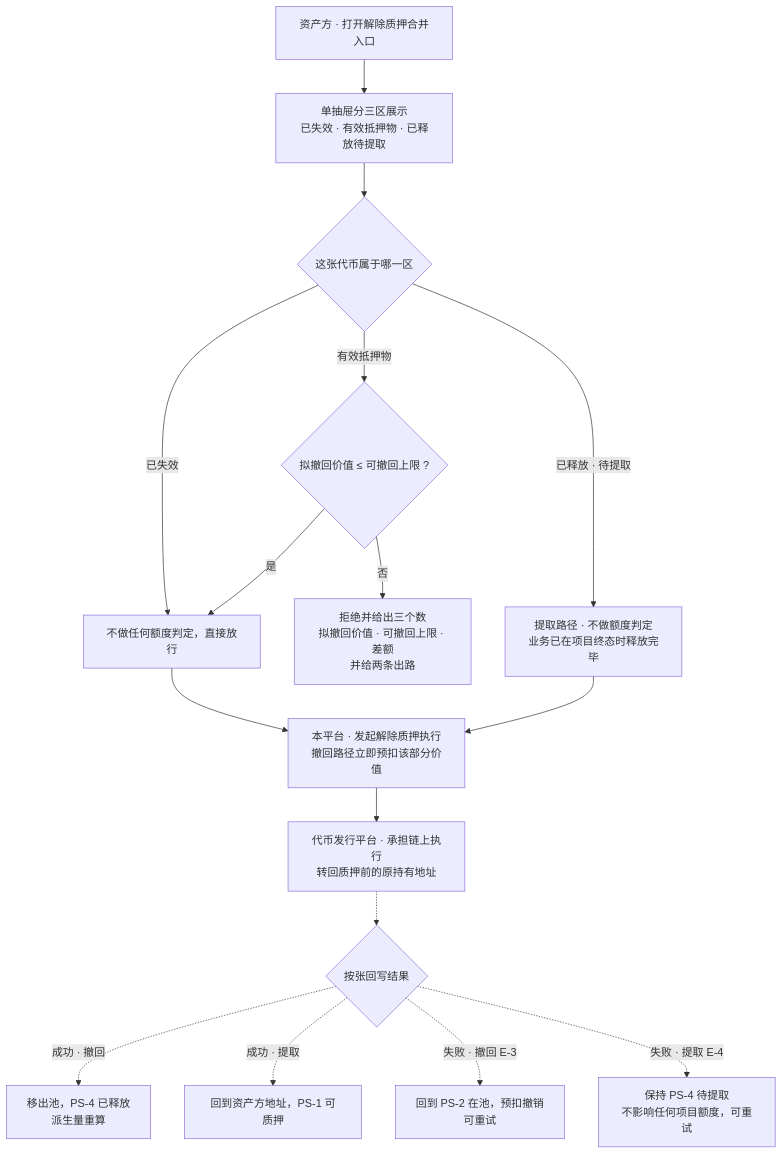
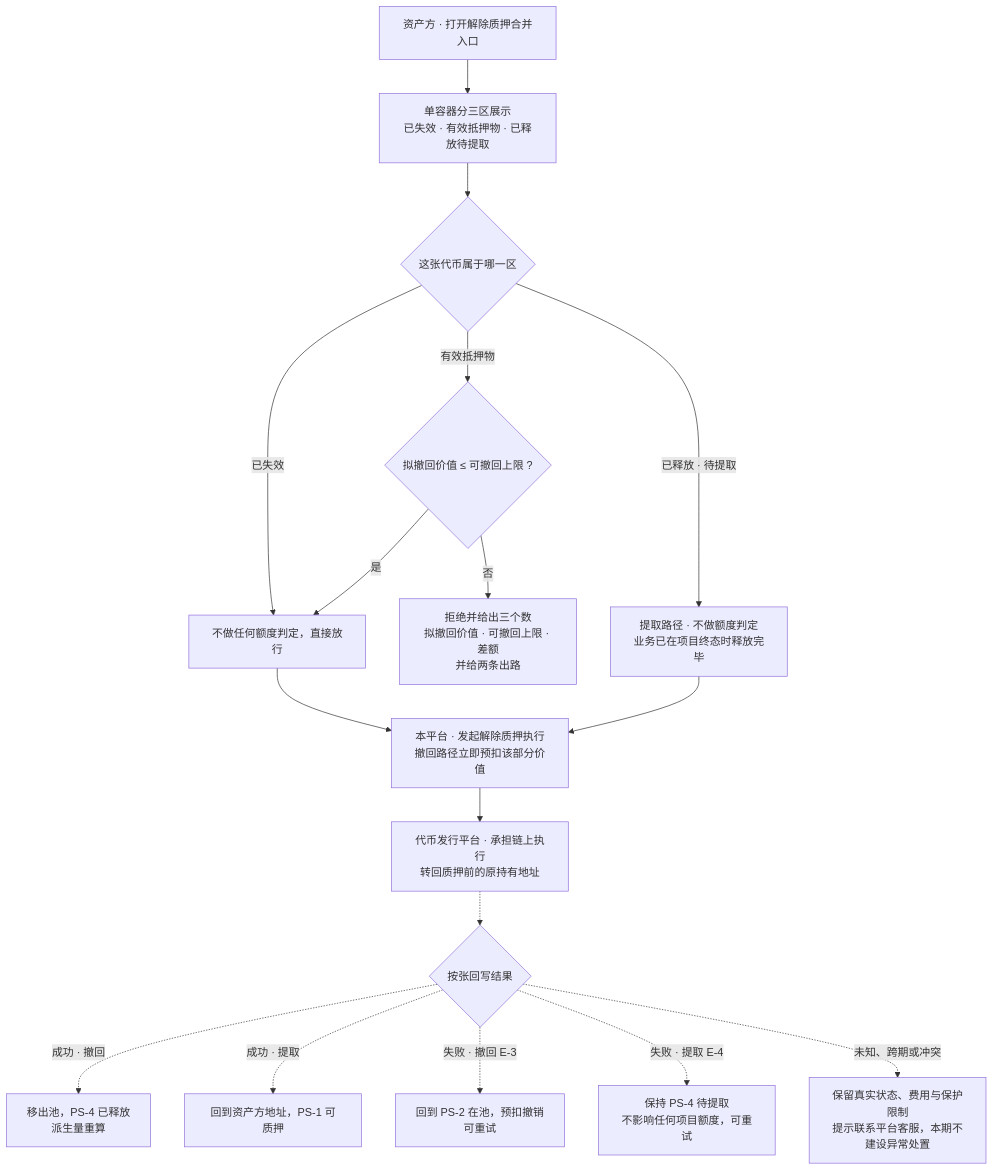
One commit to wxblockchain/Chain-Financing changed the third of 10 diagrams in lending-platform/PRD/v1.0-借贷广场-融资需求与代币质押/v1.0-借贷广场-融资需求与代币质押-流程图与状态机.md. Above: the diagram before and after it, drawn with Mermaid. The commit also changed other lines of this file and 4 other files, not shown here.

````diff
--- a/lending-platform/PRD/v1.0-借贷广场-融资需求与代币质押/v1.0-借贷广场-融资需求与代币质押-流程图与状态机.md
+++ b/lending-platform/PRD/v1.0-借贷广场-融资需求与代币质押/v1.0-借贷广场-融资需求与代币质押-流程图与状态机.md
@@ -82,18 +84,19 @@
 ```mermaid
 flowchart TD
-  A["资产方 · 打开解除质押合并入口"] --> B["单抽屉分三区展示<br/>已失效 · 有效抵押物 · 已释放待提取"]
+  A["资产方 · 打开解除质押合并入口"] --> B["单容器分三区展示<br/>已失效 · 有效抵押物 · 已释放待提取"]
   B --> C{"这张代币属于哪一区"}
   C -- "已失效" --> D["不做任何额度判定，直接放行"]
   C -- "有效抵押物" --> E{"拟撤回价值 ≤ 可撤回上限 ?"}
   E -- "否" --> F["拒绝并给出三个数<br/>拟撤回价值 · 可撤回上限 · 差额<br/>并给两条出路"]
   E -- "是" --> D
   C -- "已释放 · 待提取" --> G["提取路径 · 不做额度判定<br/>业务已在项目终态时释放完毕"]
   D --> H["本平台 · 发起解除质押执行<br/>撤回路径立即预扣该部分价值"]
   G --> H
   H --> I["代币发行平台 · 承担链上执行<br/>转回质押前的原持有地址"]
   I -.-> J{"按张回写结果"}
   J -. "成功 · 撤回" .-> K["移出池，PS-4 已释放<br/>派生量重算"]
   J -. "成功 · 提取" .-> L["回到资产方地址，PS-1 可质押"]
   J -. "失败 · 撤回 E-3" .-> M["回到 PS-2 在池，预扣撤销<br/>可重试"]
   J -. "失败 · 提取 E-4" .-> N["保持 PS-4 待提取<br/>不影响任何项目额度，可重试"]
+  J -. "未知、跨期或冲突" .-> O["保留真实状态、费用与保护限制<br/>提示联系平台客服，本期不建设异常处置"]
 ```
````
